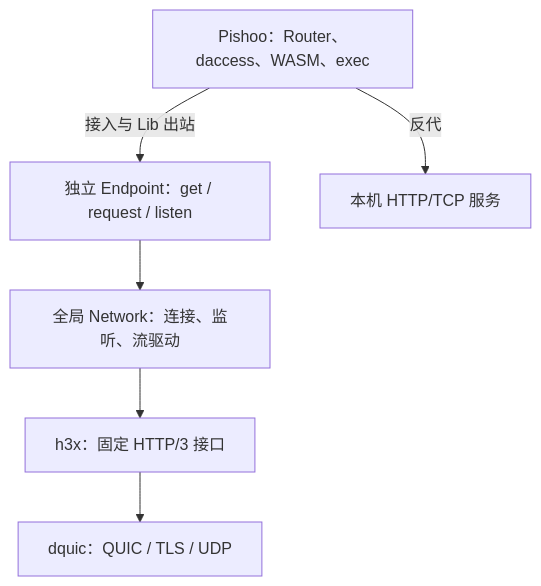
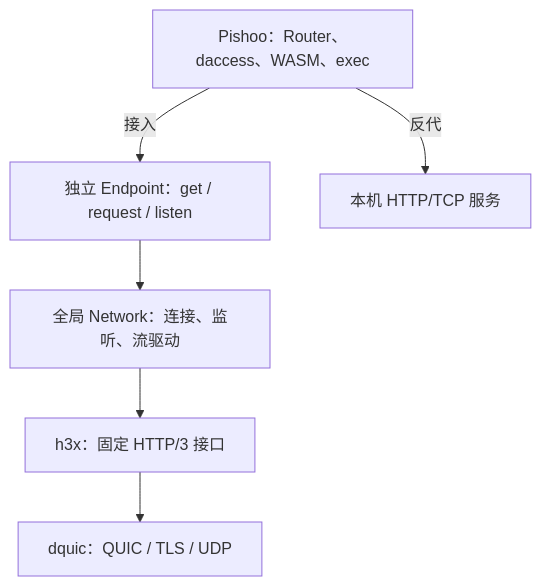
The diagram in design/h3x-dhttp-pishoo-architecture.md (genmeta/pishoo), drawn with Mermaid before and after one commit. The commit also changed other lines of this file and 20 other files, not shown here.

````diff
--- a/design/h3x-dhttp-pishoo-architecture.md
+++ b/design/h3x-dhttp-pishoo-architecture.md
@@ -13,14 +13,14 @@
 ```mermaid
 flowchart TB
     P["Pishoo：Router、daccess、WASM、exec"]
     E["独立 Endpoint：get / request / listen"]
     N["全局 Network：连接、监听、流驱动"]
     H["h3x：固定 HTTP/3 接口"]
     Q["dquic：QUIC / TLS / UDP"]
     L["本机 HTTP/TCP 服务"]
-    P -->|接入与 Lib 出站| E
+    P -->|接入| E
     P -->|反代| L
     E --> N
     N --> H
     H --> Q
 ```
````
